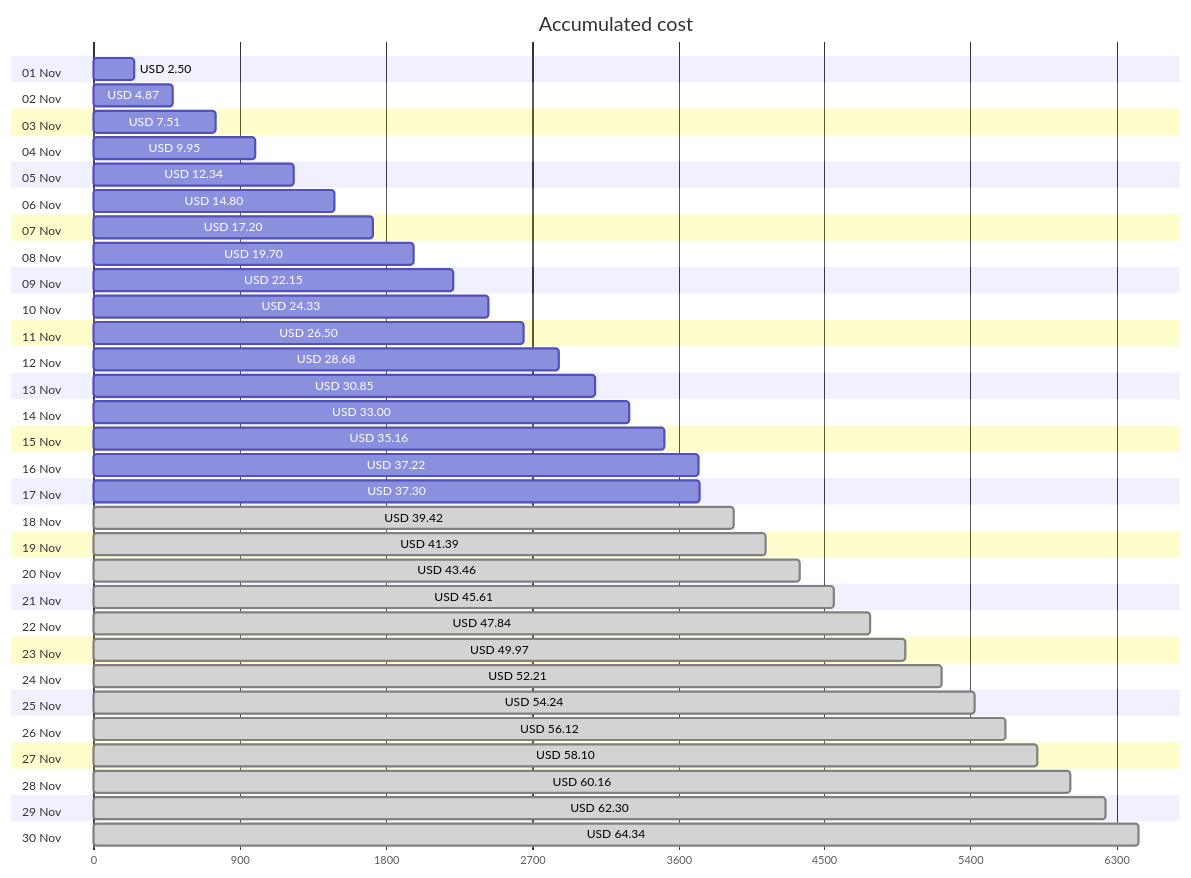
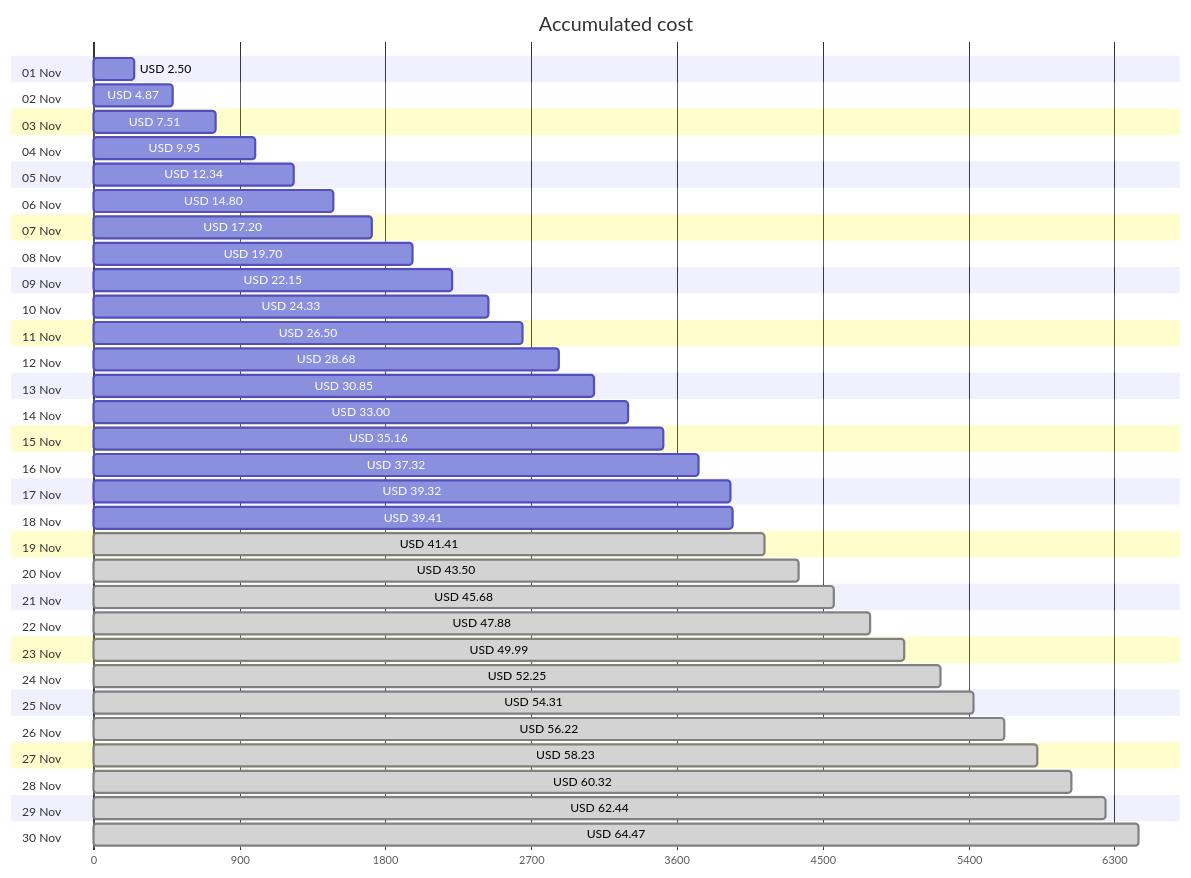
Before and after one commit to jpfulton/azure-personal-reports: the first of 4 diagrams in cost-reports/accumulated-cost.md, drawn with Mermaid. The commit also changed other lines of this file and 4 other files, not shown here.

````diff
--- a/cost-reports/accumulated-cost.md
+++ b/cost-reports/accumulated-cost.md
@@ -20,66 +20,66 @@
 ```mermaid
 gantt
    title Accumulated cost
    dateFormat  X
    axisFormat %s
    section 01 Nov
    USD 2.50 :0, 250
    section 02 Nov
    USD 4.87 :0, 487
    section 03 Nov
    USD 7.51 :0, 751
    section 04 Nov
    USD 9.95 :0, 995
    section 05 Nov
    USD 12.34 :0, 1234
    section 06 Nov
    USD 14.80 :0, 1480
    section 07 Nov
    USD 17.20 :0, 1720
    section 08 Nov
    USD 19.70 :0, 1970
    section 09 Nov
    USD 22.15 :0, 2215
    section 10 Nov
    USD 24.33 :0, 2433
    section 11 Nov
    USD 26.50 :0, 2650
    section 12 Nov
    USD 28.68 :0, 2868
    section 13 Nov
    USD 30.85 :0, 3085
    section 14 Nov
    USD 33.00 :0, 3300
    section 15 Nov
    USD 35.16 :0, 3516
    section 16 Nov
-   USD 37.22 :0, 3722
+   USD 37.32 :0, 3732
    section 17 Nov
-   USD 37.30 :0, 3730
+   USD 39.32 :0, 3932
    section 18 Nov
-   USD 39.42 : done, 0, 3942
+   USD 39.41 :0, 3941
    section 19 Nov
-   USD 41.39 : done, 0, 4139
+   USD 41.41 : done, 0, 4141
    section 20 Nov
-   USD 43.46 : done, 0, 4346
+   USD 43.50 : done, 0, 4350
    section 21 Nov
-   USD 45.61 : done, 0, 4561
+   USD 45.68 : done, 0, 4568
    section 22 Nov
-   USD 47.84 : done, 0, 4784
+   USD 47.88 : done, 0, 4788
    section 23 Nov
-   USD 49.97 : done, 0, 4997
+   USD 49.99 : done, 0, 4999
    section 24 Nov
-   USD 52.21 : done, 0, 5221
+   USD 52.25 : done, 0, 5225
    section 25 Nov
-   USD 54.24 : done, 0, 5424
+   USD 54.31 : done, 0, 5431
    section 26 Nov
-   USD 56.12 : done, 0, 5612
+   USD 56.22 : done, 0, 5622
    section 27 Nov
-   USD 58.10 : done, 0, 5810
+   USD 58.23 : done, 0, 5823
    section 28 Nov
-   USD 60.16 : done, 0, 6016
+   USD 60.32 : done, 0, 6032
    section 29 Nov
-   USD 62.30 : done, 0, 6230
+   USD 62.44 : done, 0, 6244
    section 30 Nov
-   USD 64.34 : done, 0, 6434
+   USD 64.47 : done, 0, 6447
 ```
````
